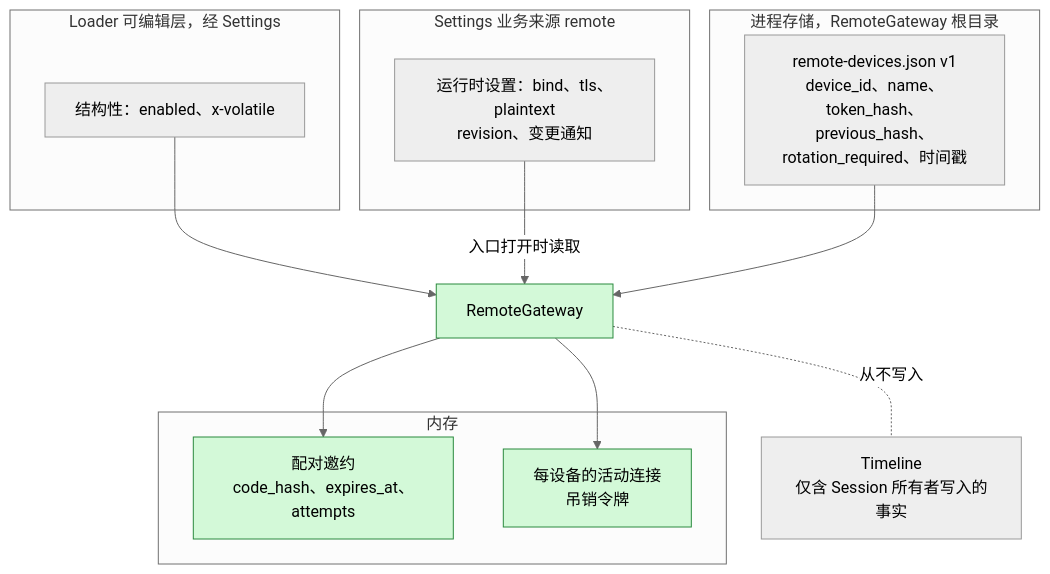
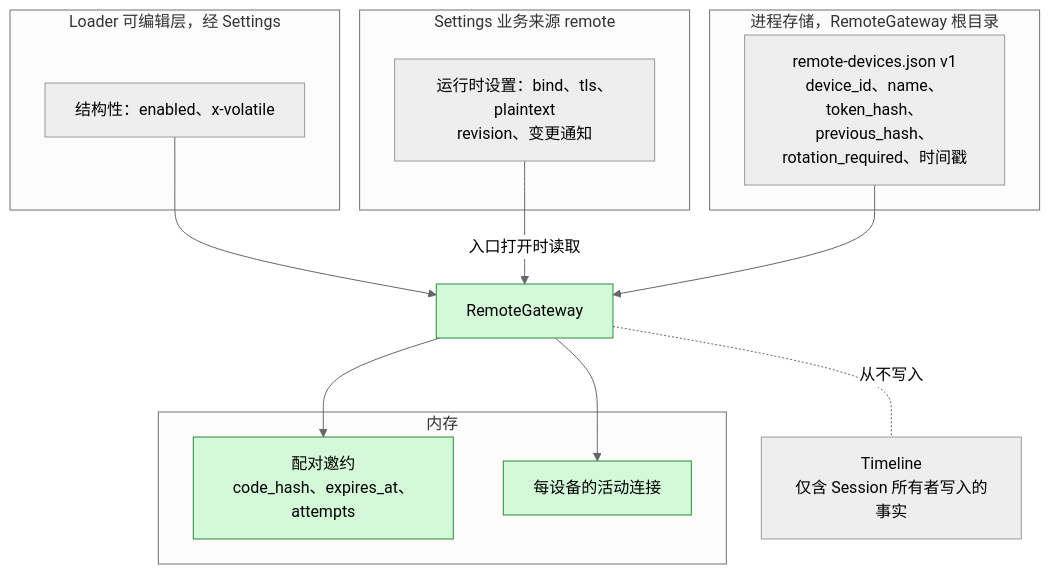
Before and after one commit to CoutinhoTTS/dim-agent: the second of 6 diagrams in docs/zh/design/plugins/RemoteGateway.md, drawn with Mermaid (neutral theme). The commit also changed other lines of this file and 18 other files, not shown here.

````diff
--- a/docs/zh/design/plugins/RemoteGateway.md
+++ b/docs/zh/design/plugins/RemoteGateway.md
@@ -45,24 +45,24 @@
 ```mermaid
 flowchart TB
   subgraph LEL["Loader 可编辑层，经 Settings"]
     CFG["结构性：enabled、x-volatile"]
   end
   subgraph BS["Settings 业务来源 remote"]
     RS["运行时设置：bind、tls、plaintext<br/>revision、变更通知"]
   end
   subgraph PS["进程存储，RemoteGateway 根目录"]
     DEVS["remote-devices.json v1<br/>device_id、name、token_hash、<br/>previous_hash、rotation_required、时间戳"]
   end
   subgraph MEM["内存"]
     OFF["配对邀约<br/>code_hash、expires_at、attempts"]:::new
-    LIVE["每设备的活动连接<br/>吊销令牌"]:::new
+    LIVE["每设备的活动连接"]:::new
   end
   TL["Timeline<br/>仅含 Session 所有者写入的事实"]
   CFG --> RG["RemoteGateway"]:::new
   RS -->|"入口打开时读取"| RG
   DEVS --> RG
   RG --> OFF
   RG --> LIVE
   RG -.-|"从不写入"| TL
   classDef new fill:#d3f9d8,stroke:#2b8a3e,color:#000
 ```
````
